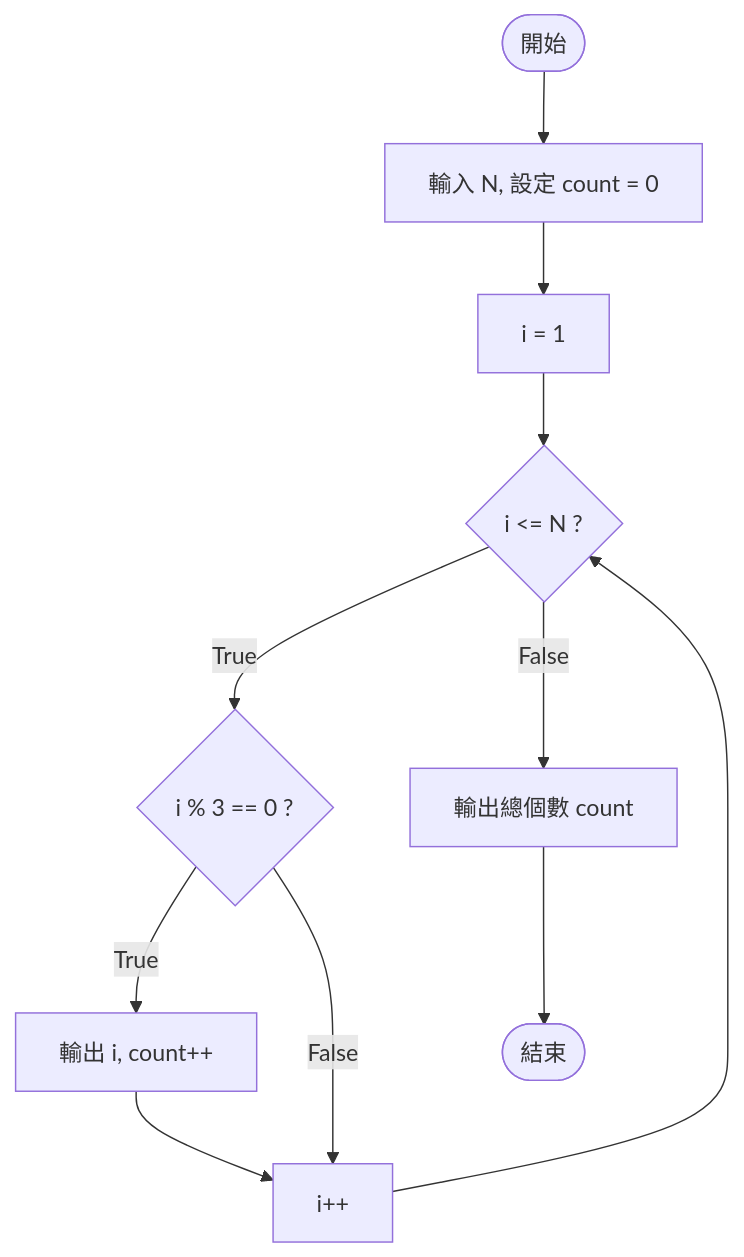
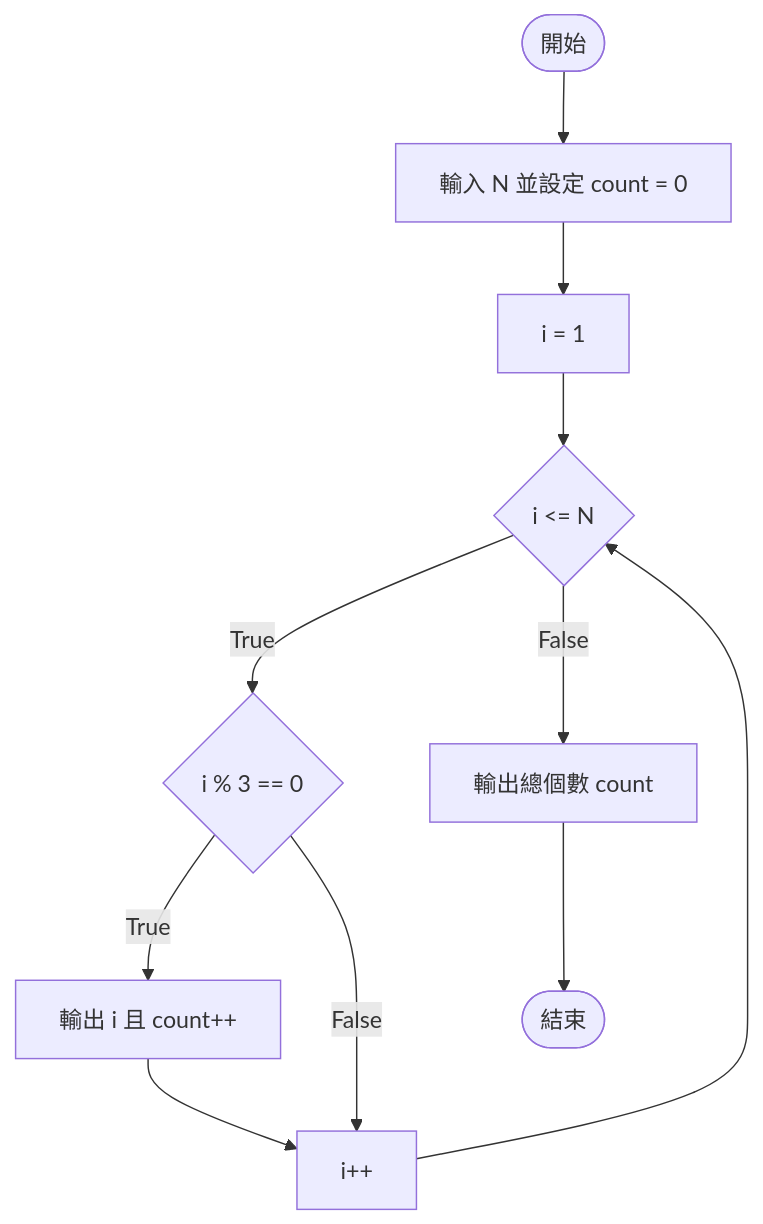
One commit to BossonYen/loop_5-1 changed the third of 4 diagrams in README.md. Above: the diagram before and after it, drawn with Mermaid. The commit also changed other lines of this file, not shown here.

```diff
--- a/README.md
+++ b/README.md
@@ -718,13 +695,13 @@
-                        <div class="mermaid">
-                            graph TD
-                                A([開始]) --> B["輸入 N, 設定 count = 0"]
-                                B --> C["i = 1"]
-                                C --> D{"i <= N ?"}
-                                D -- "True" --> E{"i % 3 == 0 ?"}
-                                E -- "True" --> F["輸出 i, count++"]
-                                E -- "False" --> G["i++"]
-                                F --> G
-                                G --> D
-                                D -- "False" --> H["輸出總個數 count"]
-                                H --> I([結束])
+                        <div class="mermaid notranslate">
+flowchart TD
+    A(["開始"]) --> B["輸入 N 並設定 count = 0"]
+    B --> C["i = 1"]
+    C --> D{"i &lt;= N"}
+    D -- "True" --> E{"i % 3 == 0"}
+    E -- "True" --> F["輸出 i 且 count++"]
+    E -- "False" --> G["i++"]
+    F --> G
+    G --> D
+    D -- "False" --> H["輸出總個數 count"]
+    H --> I(["結束"])
                         </div>
```
